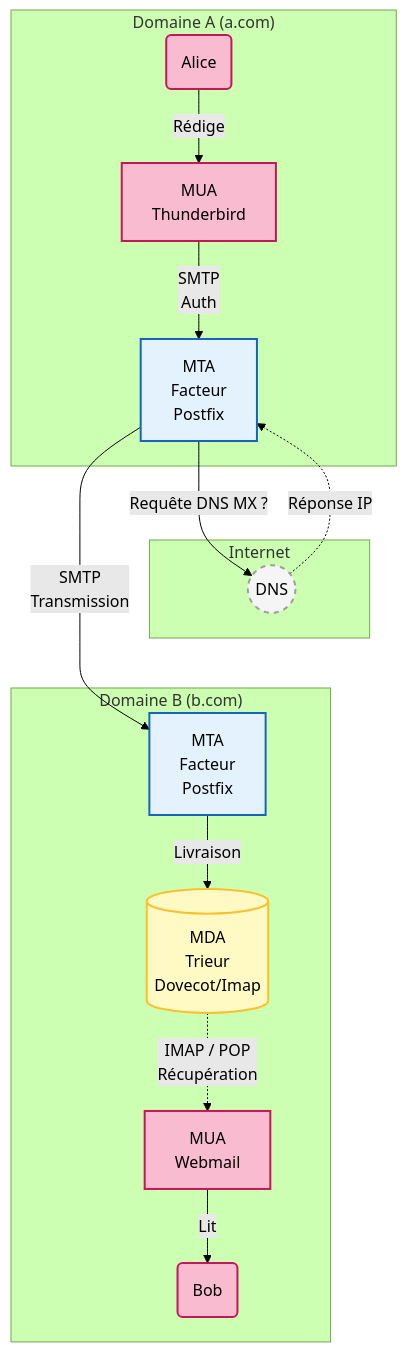
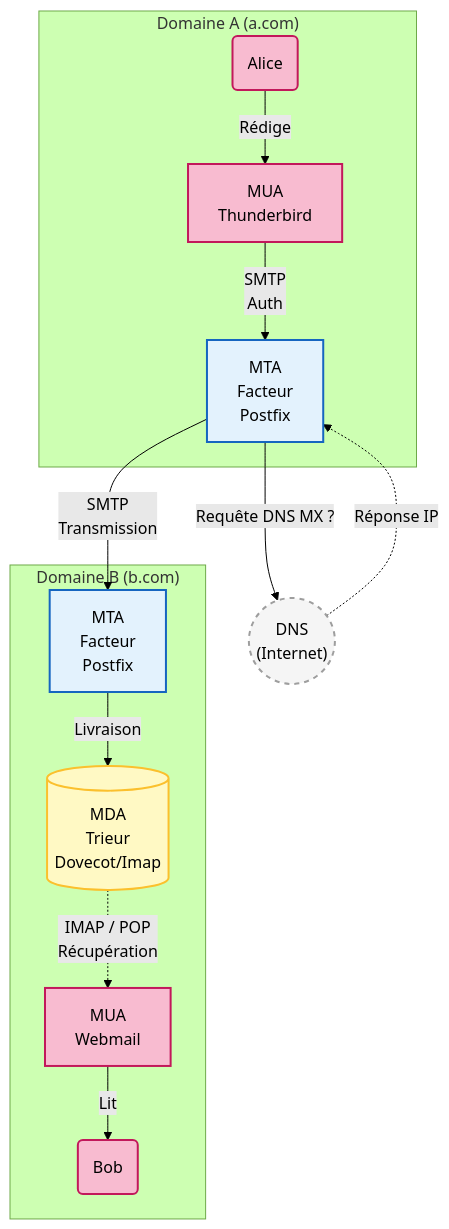
The third of 3 diagrams in content/antispoofing-e-mail/01-architecture-concepts.md (Yanal-Yves/blog), drawn with Mermaid (forest theme) before and after one commit.

Commit message:
Diagramme du voyage : retirer le cadre Internet, DNS en nœud latéral
Le cadre « Internet » ne contenait que DNS et poussait la case à côté du
flux ; on le supprime. DNS devient un nœud annoté « (Internet) » en
dérivation, ce qui épure le diagramme et laisse le trajet SMTP A -> B
vertical. Le « passage par Internet » reste porté par le texte et
l'analogie postale.

````diff
--- a/content/antispoofing-e-mail/01-architecture-concepts.md
+++ b/content/antispoofing-e-mail/01-architecture-concepts.md
@@ -155,29 +155,25 @@
 ```mermaid
 graph TD
   %% --- Définition des Styles ---
   classDef client fill:#f8bbd0,stroke:#c2185b,stroke-width:2px,color:#000;
   classDef server fill:#e3f2fd,stroke:#1565c0,stroke-width:2px,color:#000;
   classDef storage fill:#fff9c4,stroke:#fbc02d,stroke-width:2px,color:#000;
   classDef internet fill:#f5f5f5,stroke:#9e9e9e,stroke-width:2px,stroke-dasharray: 5 5,color:#000;
   %% --- Domaine A (Expéditeur) ---
   subgraph "Domaine A (a.com)"
       Alice(Alice):::client -->|Rédige| MUA_A[MUA<br/>Thunderbird]:::client
       MUA_A -->|SMTP<br/>Auth| MTA_A[MTA<br/>Facteur<br/>Postfix]:::server
   end
-  %% --- Internet ---
-  subgraph "Internet"
-      DNS((DNS)):::internet
-  end
+  %% --- DNS (dans Internet, requête annexe) ---
+  DNS(("DNS<br/>(Internet)")):::internet
   %% --- Domaine B (Destinataire) ---
   subgraph "Domaine B (b.com)"
       MTA_B[MTA<br/>Facteur<br/>Postfix]:::server -->|Livraison| MDA_B[("MDA<br/>Trieur<br/>Dovecot/Imap")]:::storage
       MDA_B -.->|IMAP / POP<br/>Récupération| MUA_B[MUA<br/>Webmail]:::client
       MUA_B -->|Lit| Bob(Bob):::client
   end
   %% --- Liens inter-domaines (transitant par Internet) ---
   MTA_A -->|Requête DNS MX ?| DNS
   DNS -.->|Réponse IP| MTA_A
   MTA_A -->|SMTP<br/>Transmission| MTA_B
-  %% Lien invisible pour empiler Domaine B sous Internet
-  DNS ~~~ MTA_B
 ```
````
